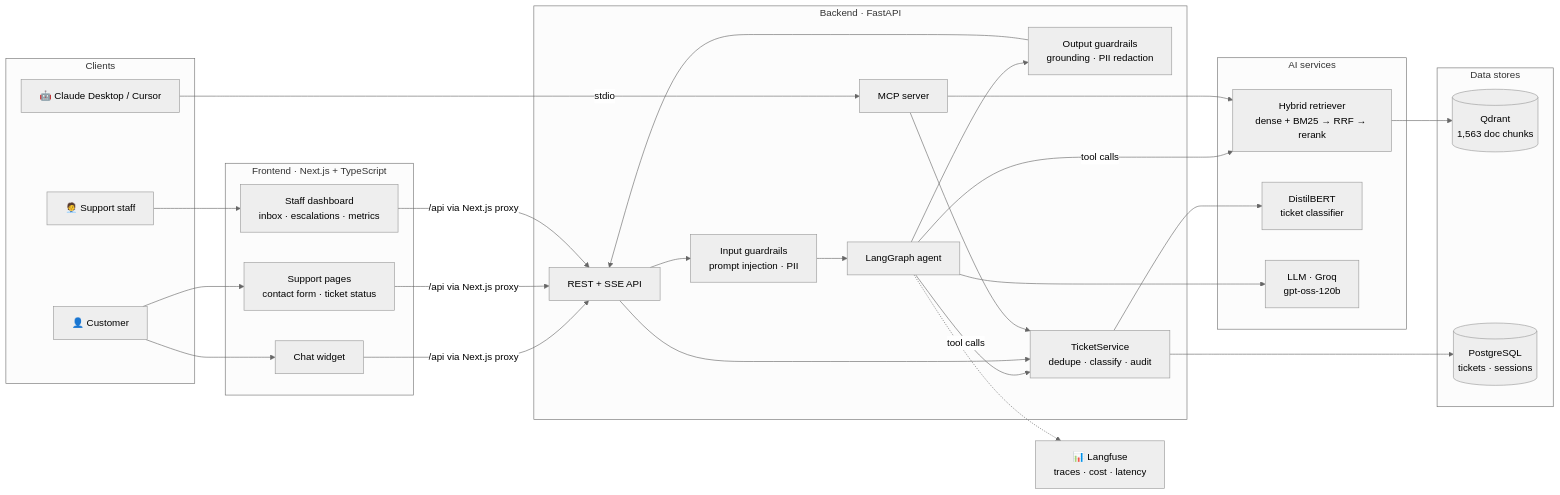
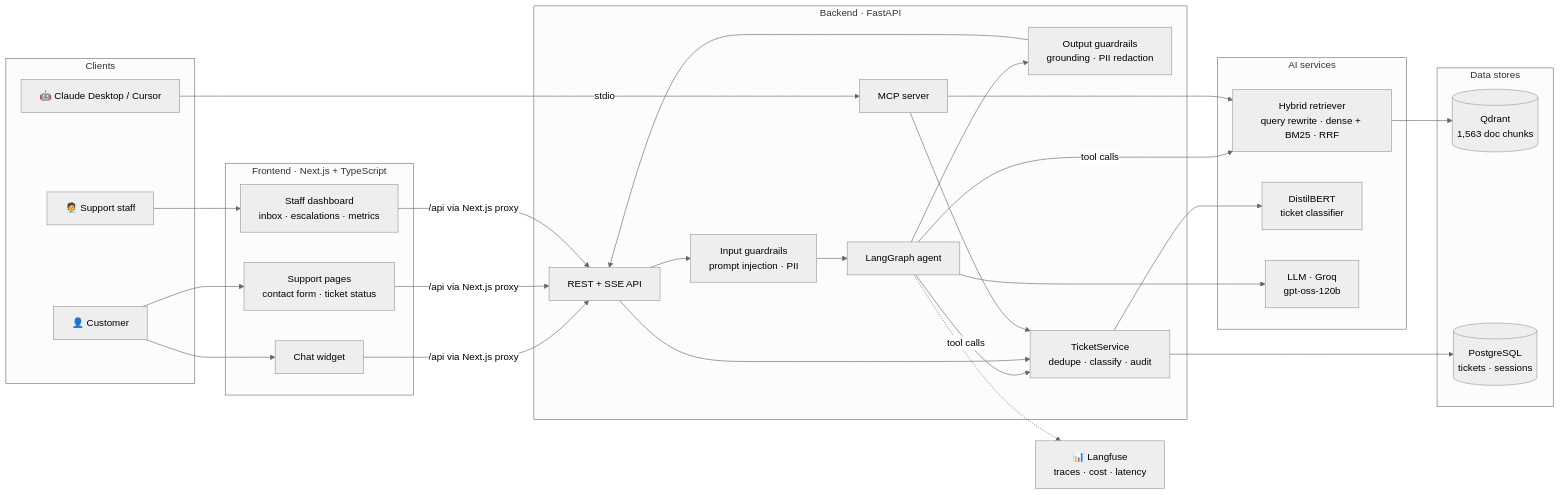
One commit to abhijeetGithu/SupportPilot-Agentic-RAG-Customer-Support-Copilot changed the first of 9 diagrams in README.md. Above: the diagram before and after it, drawn with Mermaid (neutral theme). The commit also changed other lines of this file and 117 other files, not shown here.

````diff
--- a/README.md
+++ b/README.md
@@ -66,53 +68,53 @@
 ```mermaid
 flowchart LR
     subgraph Clients
         CU["👤 Customer"]
         ST["🧑‍💼 Support staff"]
         DEV["🤖 Claude Desktop / Cursor"]
     end
 
     subgraph FE["Frontend · Next.js + TypeScript"]
         CW["Chat widget"]
         SP["Support pages<br/>contact form · ticket status"]
         DB_UI["Staff dashboard<br/>inbox · escalations · metrics"]
     end
 
     subgraph BE["Backend · FastAPI"]
         API["REST + SSE API"]
         GIN["Input guardrails<br/>prompt injection · PII"]
         AG["LangGraph agent"]
         GOUT["Output guardrails<br/>grounding · PII redaction"]
         TS["TicketService<br/>dedupe · classify · audit"]
         MCP["MCP server"]
     end
 
     subgraph AI["AI services"]
-        RET["Hybrid retriever<br/>dense + BM25 → RRF → rerank"]
+        RET["Hybrid retriever<br/>query rewrite · dense + BM25 · RRF"]
         CLF["DistilBERT<br/>ticket classifier"]
         LLM["LLM · Groq<br/>gpt-oss-120b"]
     end
 
     subgraph DATA["Data stores"]
         QD[("Qdrant<br/>1,563 doc chunks")]
         PG[("PostgreSQL<br/>tickets · sessions")]
     end
 
     LF["📊 Langfuse<br/>traces · cost · latency"]
 
     CU --> CW & SP
     ST --> DB_UI
     CW & SP & DB_UI -->|"/api via Next.js proxy"| API
     DEV -->|stdio| MCP
 
     API --> GIN --> AG --> GOUT --> API
     AG -->|tool calls| RET
     AG -->|tool calls| TS
     AG --> LLM
     API --> TS
     MCP --> RET & TS
 
     RET --> QD
     TS --> CLF
     TS --> PG
     AG -.-> LF
 ```
````
